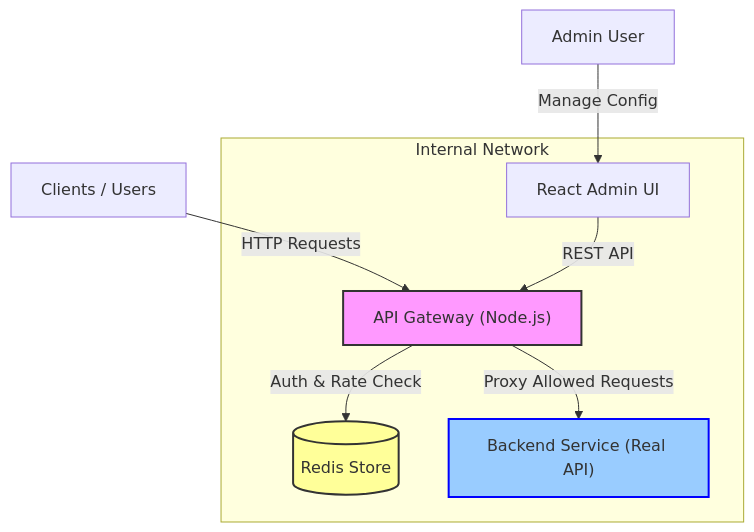
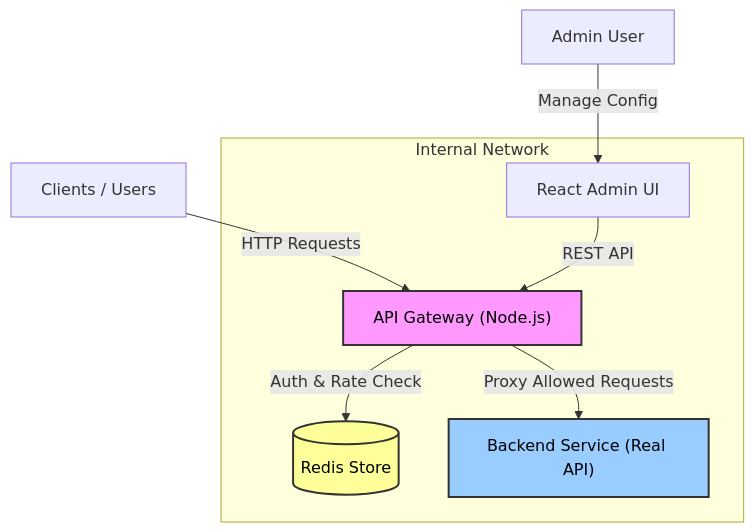
One commit to Tuhin810/api-rate-limiting-gateway changed the first of 3 diagrams in README.md. Above: the diagram before and after it, drawn with Mermaid.

Commit message:
Improve diagram contrast

````diff
--- a/README.md
+++ b/README.md
@@ -12,15 +12,15 @@
 ```mermaid
 graph TD
     User["Clients / Users"] -->|HTTP Requests| Gateway["API Gateway (Node.js)"]
     Admin["Admin User"] -->|Manage Config| AdminUI["React Admin UI"]
     
     subgraph "Internal Network"
     Gateway -->|Auth & Rate Check| Redis[("Redis Store")]
     Gateway -->|Proxy Allowed Requests| Backend["Backend Service (Real API)"]
     AdminUI -->|REST API| Gateway
     end
     
-    style Gateway fill:#f9f,stroke:#333,stroke-width:2px
-    style Redis fill:#ff9,stroke:#333,stroke-width:2px
-    style Backend fill:#9cf,stroke:blue,stroke-width:2px
+    style Gateway fill:#f9f,stroke:#333,stroke-width:2px,color:#000
+    style Redis fill:#ff9,stroke:#333,stroke-width:2px,color:#000
+    style Backend fill:#9cf,stroke:#333,stroke-width:2px,color:#000
 ```
````
